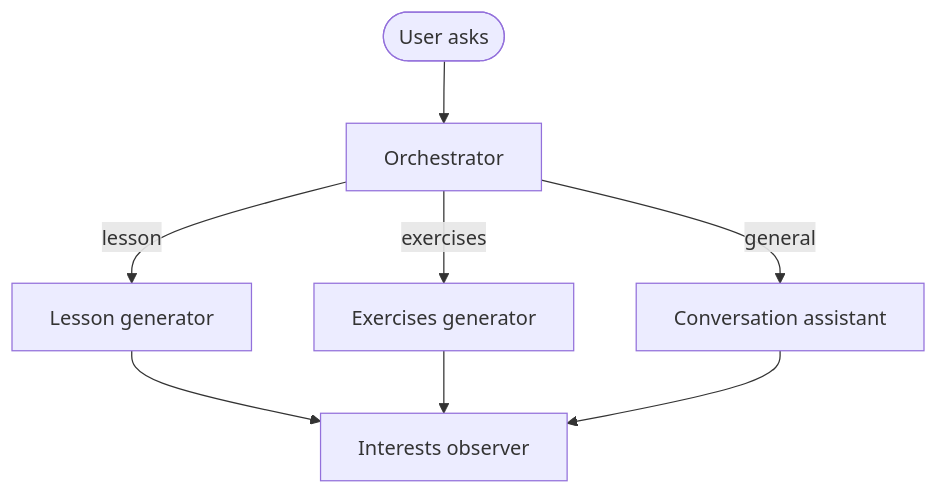
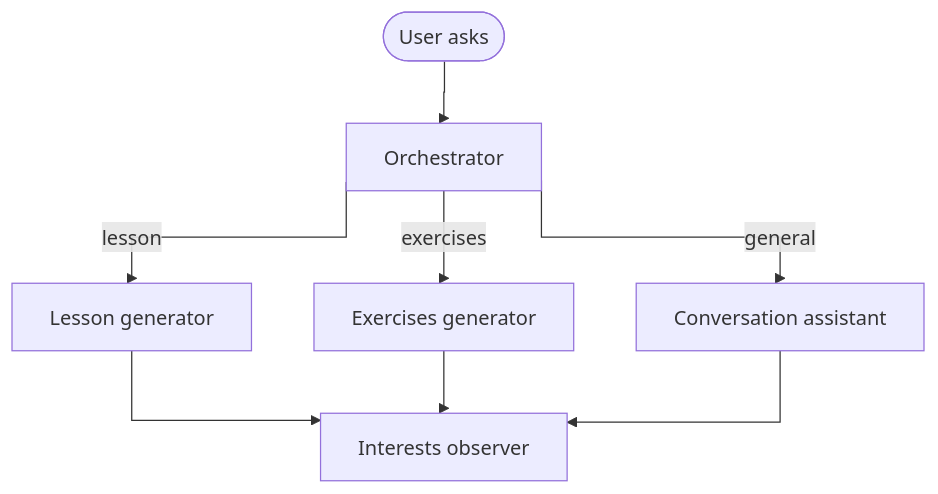
One commit to patopitaluga/gio-system changed the diagram in README.md. Above: the diagram before and after it, drawn with Mermaid.

Commit message:
Updated diagram

````diff
--- a/README.md
+++ b/README.md
@@ -186,17 +186,22 @@
 ```mermaid
+---
+config:
+  flowchart:
+    curve: stepBefore
+---
 flowchart TD
   User([User asks])
   Orch[Orchestrator]
   Lesson[Lesson generator]
   Exercises[Exercises generator]
   Conversation[Conversation assistant]
   Interests[Interests observer]
 
   User --> Orch
   Orch -->|lesson| Lesson
   Orch -->|exercises| Exercises
   Orch -->|general| Conversation
   Lesson --> Interests
   Exercises --> Interests
   Conversation --> Interests
 ```
````
